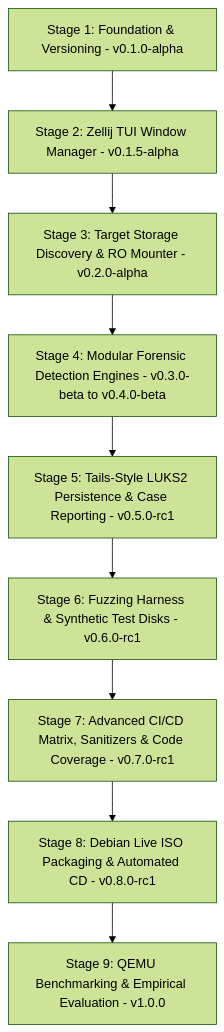
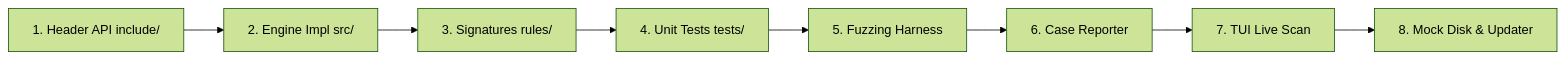
Before and after one commit to Dellrall/Booto: the diagram in .agents/skills/booto-dev/SKILL.md, drawn with Mermaid (forest theme). The commit also changed other lines of this file and 17 other files, not shown here.

````diff
--- a/.agents/skills/booto-dev/SKILL.md
+++ b/.agents/skills/booto-dev/SKILL.md
@@ -33,11 +35,10 @@
 ```mermaid
-graph TD
-    S1[Stage 1: Foundation & Versioning - v0.1.0-alpha] --> S2[Stage 2: Zellij TUI Window Manager - v0.1.5-alpha]
-    S2 --> S3[Stage 3: Target Storage Discovery & RO Mounter - v0.2.0-alpha]
-    S3 --> S4[Stage 4: Modular Forensic Detection Engines - v0.3.0-beta to v0.4.0-beta]
-    S4 --> S5[Stage 5: Tails-Style LUKS2 Persistence & Case Reporting - v0.5.0-rc1]
-    S5 --> S6[Stage 6: Fuzzing Harness & Synthetic Test Disks - v0.6.0-rc1]
-    S6 --> S7[Stage 7: Advanced CI/CD Matrix, Sanitizers & Code Coverage - v0.7.0-rc1]
-    S7 --> S8[Stage 8: Debian Live ISO Packaging & Automated CD - v0.8.0-rc1]
-    S8 --> S9[Stage 9: QEMU Benchmarking & Empirical Evaluation - v1.0.0]
+graph LR
+    S1[1. Header API include/] --> S2[2. Engine Impl src/]
+    S2 --> S3[3. Signatures rules/]
+    S3 --> S4[4. Unit Tests tests/]
+    S4 --> S5[5. Fuzzing Harness]
+    S5 --> S6[6. Case Reporter]
+    S6 --> S7[7. TUI Live Scan]
+    S7 --> S8[8. Mock Disk & Updater]
 ```
````
